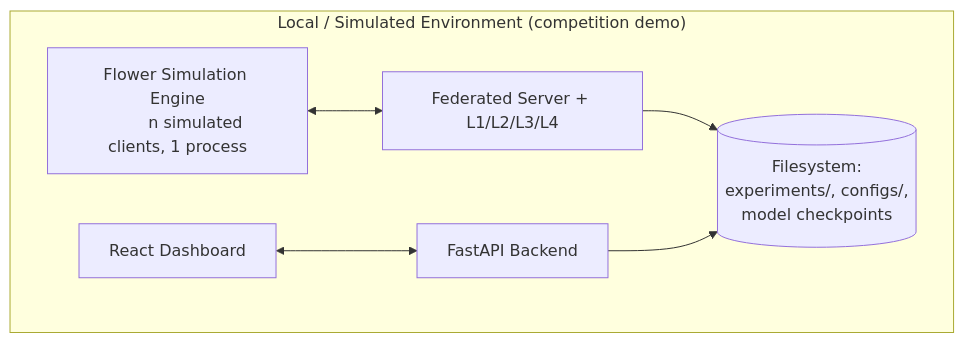
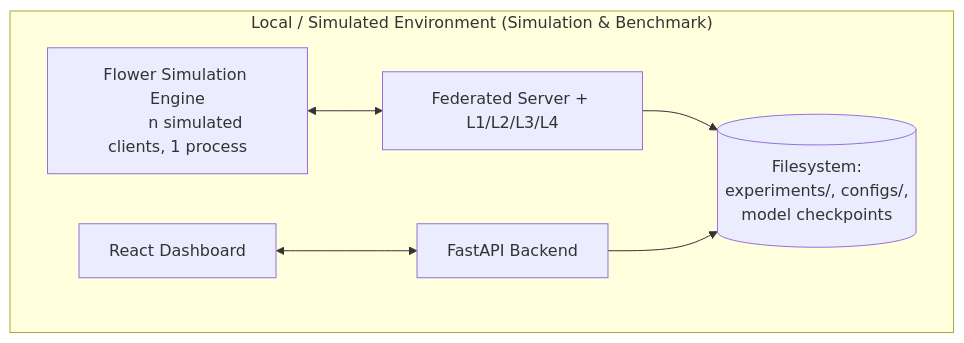
Before and after one commit to Tayab-Ahamed/Sentinel-FL: the sixth of 7 diagrams in ARCHITECTURE.md, drawn with Mermaid. The commit also changed other lines of this file and 23 other files, not shown here.

````diff
--- a/ARCHITECTURE.md
+++ b/ARCHITECTURE.md
@@ -443,18 +439,18 @@
 ```mermaid
 flowchart TB
-    subgraph Local["Local / Simulated Environment (competition demo)"]
+    subgraph Local["Local / Simulated Environment (Simulation & Benchmark)"]
         SIM[Flower Simulation Engine
         n simulated clients, 1 process]
         SERVER[Federated Server + L1/L2/L3/L4]
         API[FastAPI Backend]
         DASH[React Dashboard]
         FS[(Filesystem:
         experiments/, configs/,
         model checkpoints)]
     end
 
     SIM <--> SERVER
     SERVER --> FS
     API --> FS
     DASH <--> API
 ```
````
